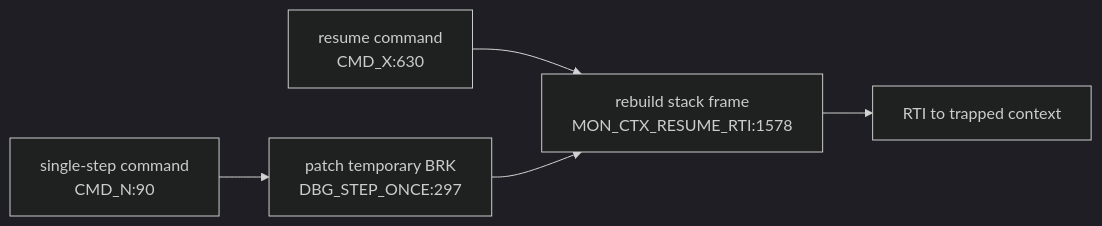
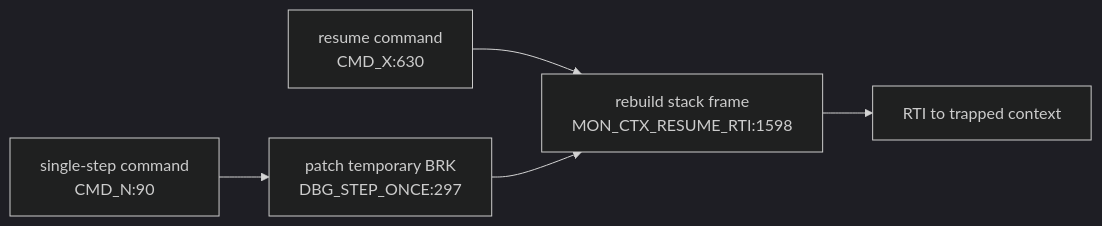
The sixth of 6 diagrams in DOC/GENERATED/INTERRUPT_VECTOR_MAP.md (95westus/R-YORS), drawn with Mermaid (dark theme) before and after one commit. The commit also changed other lines of this file and 85 other files, not shown here.

````diff
--- a/DOC/GENERATED/INTERRUPT_VECTOR_MAP.md
+++ b/DOC/GENERATED/INTERRUPT_VECTOR_MAP.md
@@ -92,7 +92,7 @@
 ```mermaid
 flowchart LR
-    CMDX["resume command<br/>CMD_X:630"] --> RESUME["rebuild stack frame<br/>MON_CTX_RESUME_RTI:1578"]
+    CMDX["resume command<br/>CMD_X:630"] --> RESUME["rebuild stack frame<br/>MON_CTX_RESUME_RTI:1598"]
     CMDN["single-step command<br/>CMD_N:90"] --> STEP["patch temporary BRK<br/>DBG_STEP_ONCE:297"]
     STEP --> RESUME
     RESUME --> RTIRES["RTI to trapped context"]
 ```
````
